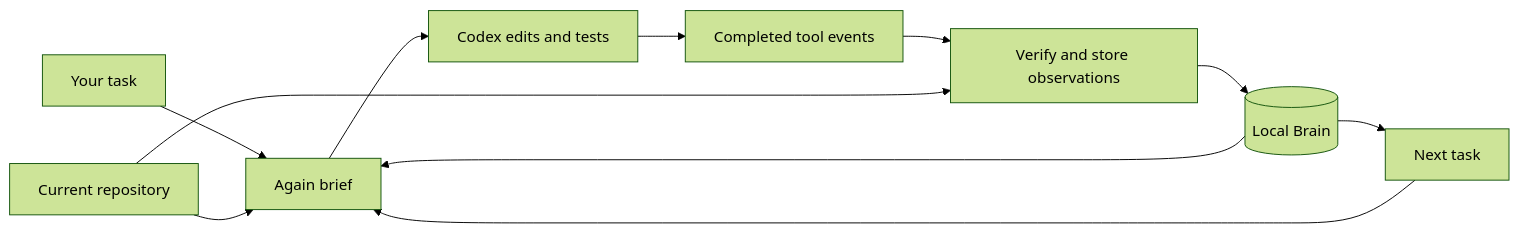
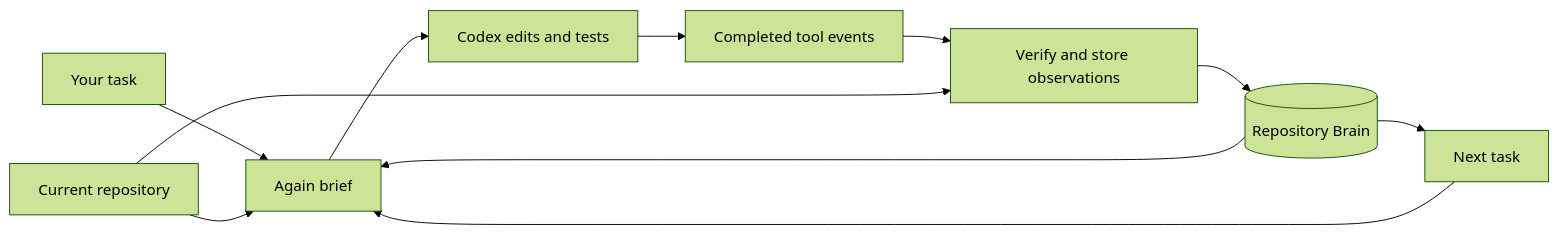
Before and after one commit to alakhanpal23/again: the diagram in README.md, drawn with Mermaid (forest theme). The commit also changed other lines of this file, not shown here.

````diff
--- a/README.md
+++ b/README.md
@@ -68,13 +68,13 @@
 ```mermaid
 flowchart LR
   A[Your task] --> B[Again brief]
   R[Current repository] --> B
-  M[(Local Brain)] --> B
+  M[(Repository Brain)] --> B
   B --> C[Codex edits and tests]
   C --> E[Completed tool events]
   E --> V[Verify and store observations]
   R --> V
   V --> M
   M --> N[Next task]
   N --> B
 ```
````
